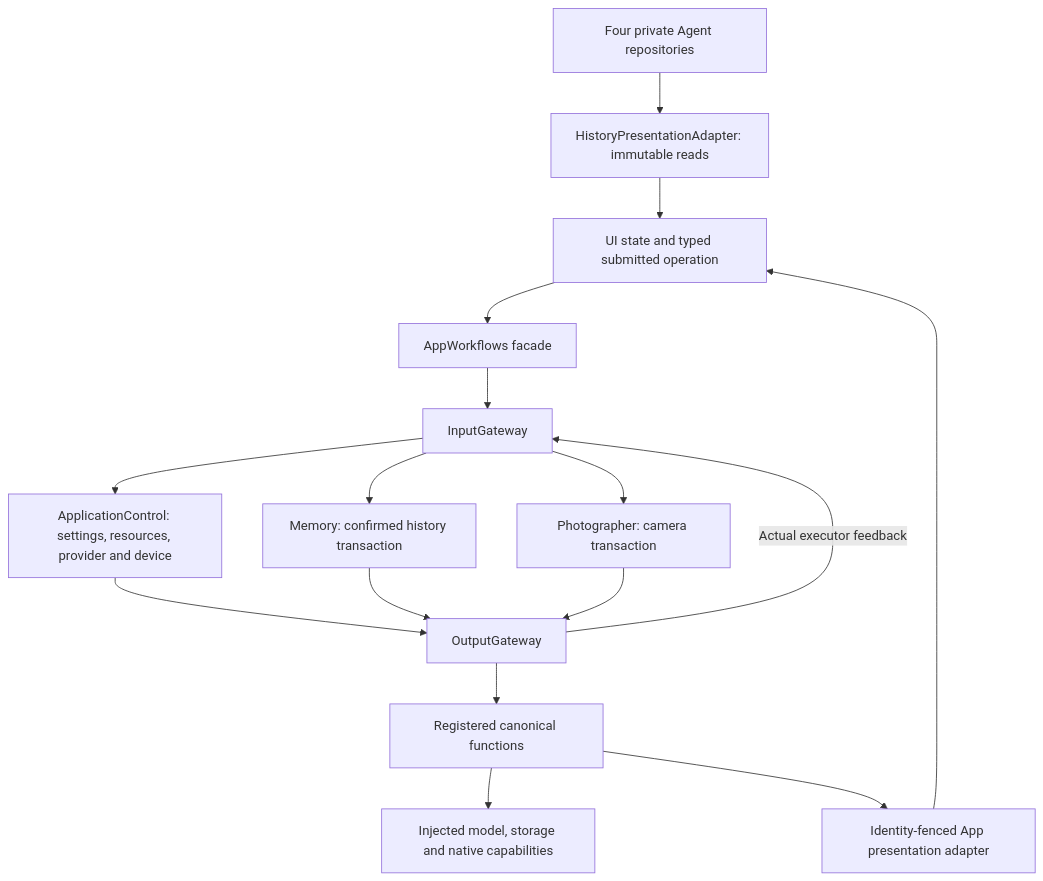
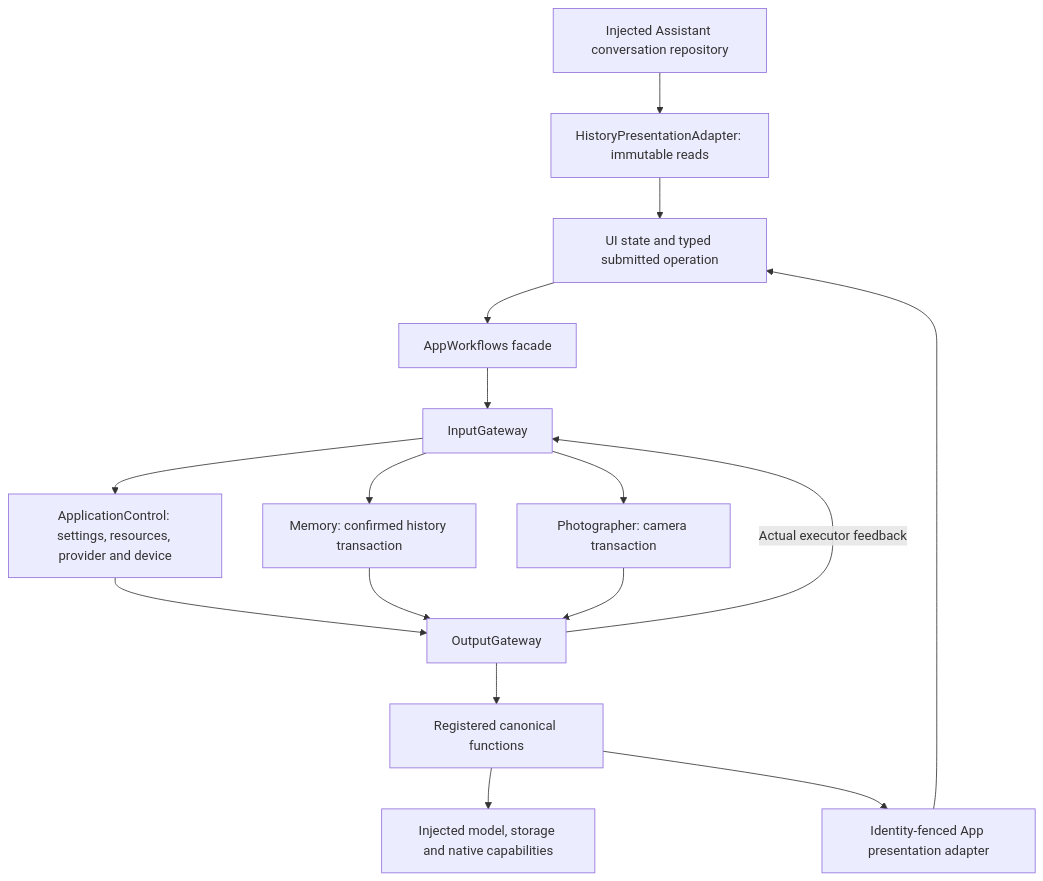
Before and after one commit to devilyouwei/MobileHarness: diagram 22 of 32 in MobileHarness/README.md, drawn with Mermaid. The commit also changed other lines of this file and 160 other files, not shown here.

````diff
--- a/MobileHarness/README.md
+++ b/MobileHarness/README.md
@@ -1369,18 +1005,18 @@
 ```mermaid
 flowchart TB
     UI[UI state and typed submitted operation] --> Facade[AppWorkflows facade]
     Facade --> Input[InputGateway]
     Input --> Control[ApplicationControl: settings, resources, provider and device]
     Input --> Memory[Memory: confirmed history transaction]
     Input --> Photographer[Photographer: camera transaction]
     Control --> Output[OutputGateway]
     Memory --> Output
     Photographer --> Output
     Output --> Functions[Registered canonical functions]
     Functions --> Native[Injected model, storage and native capabilities]
     Functions --> Present[Identity-fenced App presentation adapter]
     Present --> UI
     Output -->|Actual executor feedback| Input
-    Repositories[Four private Agent repositories] --> Reads[HistoryPresentationAdapter: immutable reads]
+    Repositories[Injected Assistant conversation repository] --> Reads[HistoryPresentationAdapter: immutable reads]
     Reads --> UI
 ```
````
